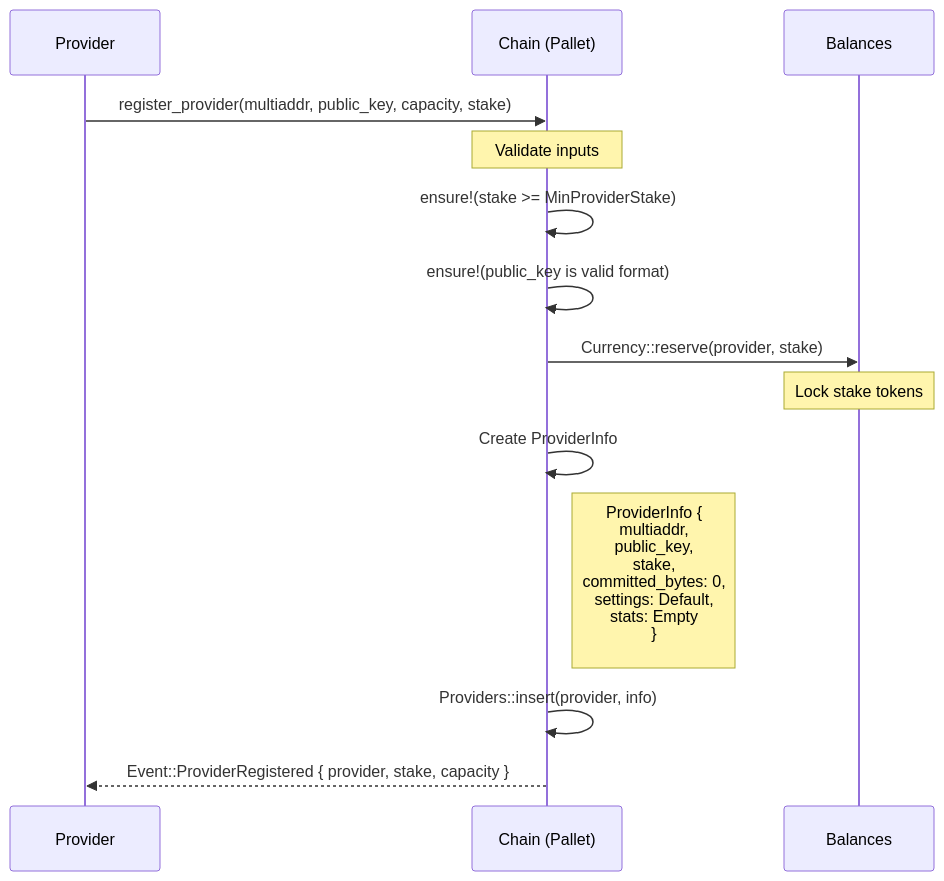
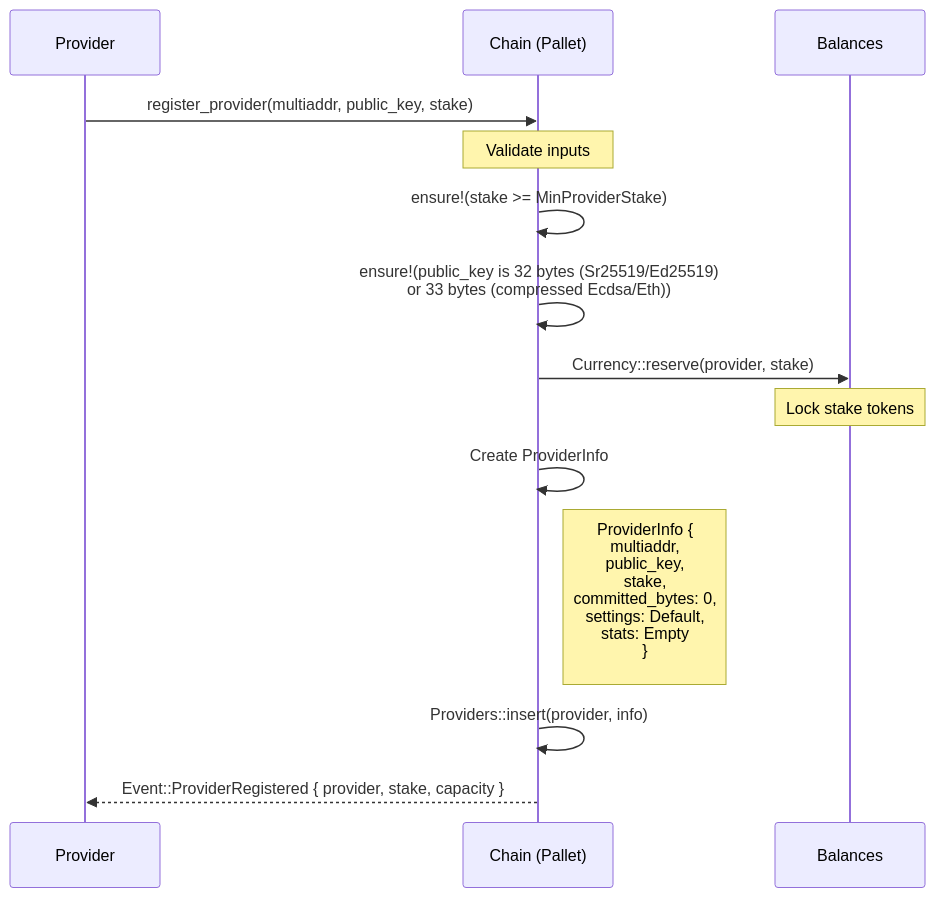
The first of 13 diagrams in docs/reference/EXECUTION_FLOWS.md (paritytech/web3-storage), drawn with Mermaid before and after one commit. The commit also changed other lines of this file and 54 other files, not shown here.

````diff
--- a/docs/reference/EXECUTION_FLOWS.md
+++ b/docs/reference/EXECUTION_FLOWS.md
@@ -138,22 +138,22 @@
 ```mermaid
 sequenceDiagram
     participant P as Provider
     participant C as Chain (Pallet)
     participant B as Balances
 
-    P->>C: register_provider(multiaddr, public_key, capacity, stake)
+    P->>C: register_provider(multiaddr, public_key, stake)
 
     Note over C: Validate inputs
     C->>C: ensure!(stake >= MinProviderStake)
-    C->>C: ensure!(public_key is valid format)
+    C->>C: ensure!(public_key is 32 bytes (Sr25519/Ed25519)<br/>or 33 bytes (compressed Ecdsa/Eth))
 
     C->>B: Currency::reserve(provider, stake)
     Note over B: Lock stake tokens
 
     C->>C: Create ProviderInfo
     Note right of C: ProviderInfo {<br/>multiaddr, <br/> public_key,<br/> stake,<br/> committed_bytes: 0, <br/> settings: Default, <br/>stats: Empty <br/>}<br/>
 
     C->>C: Providers::insert(provider, info)
 
     C-->>P: Event::ProviderRegistered { provider, stake, capacity }
 ```
````
